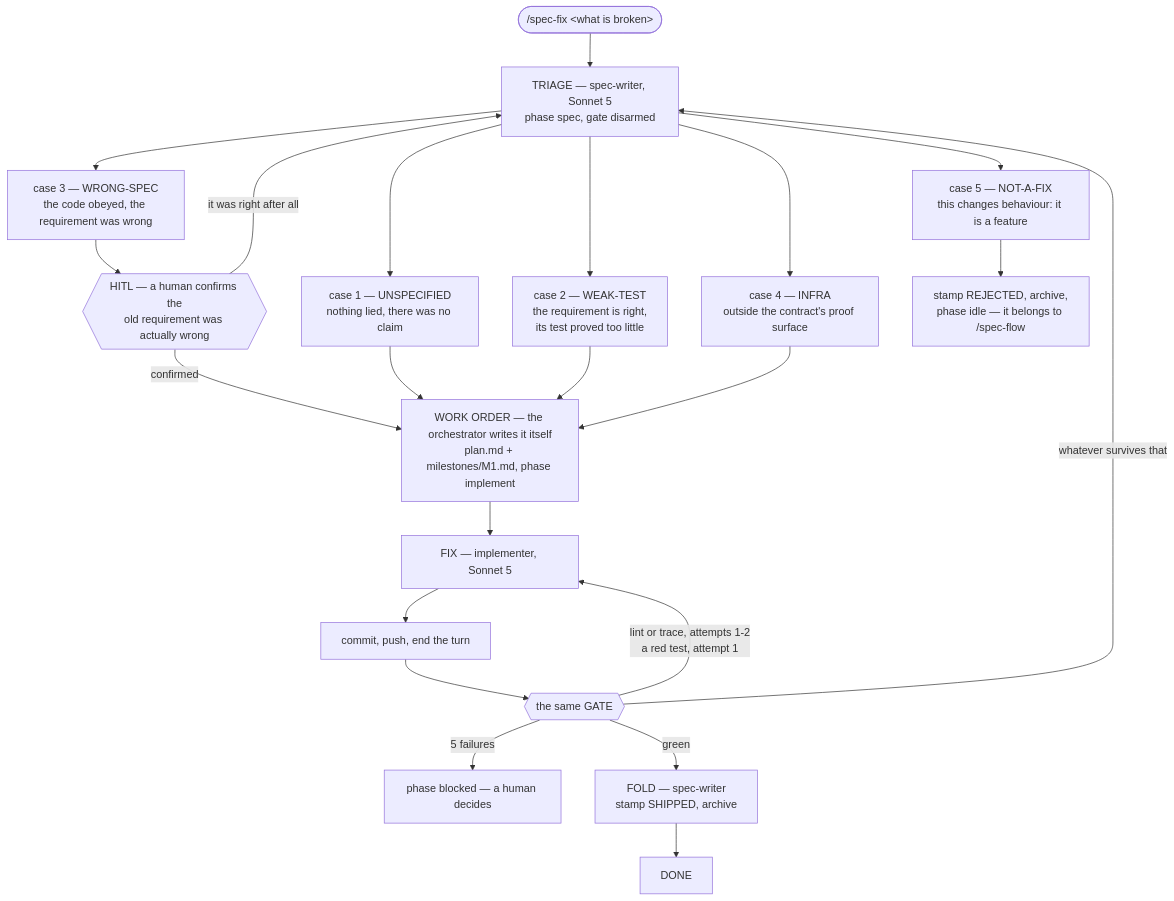
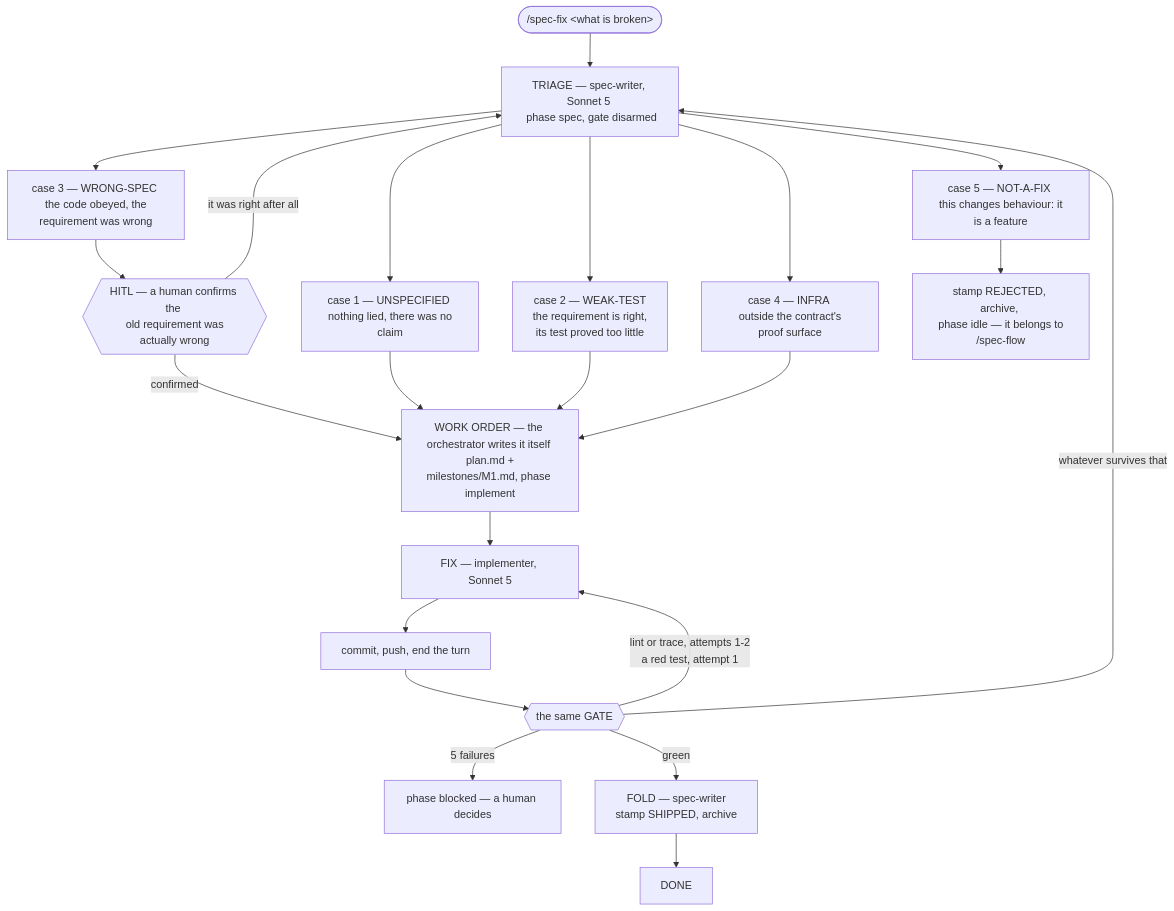
Before and after one commit to IgnacioMarin402/spec-flow-plugin: the second of 3 diagrams in README.md, drawn with Mermaid. The commit also changed other lines of this file, not shown here.

First line of the commit message:
docs: fix missing spaces around <br/> in the mermaid diagrams

````diff
--- a/README.md
+++ b/README.md
@@ -251,25 +251,25 @@
 ```mermaid
 flowchart TD
-    A(["/spec-fix &lt;what is broken&gt;"]) --> T["TRIAGE — spec-writer, Sonnet 5<br/>phase spec, gate disarmed"]
-    T --> C1["case 1 — UNSPECIFIED<br/>nothing lied, there was no claim"]
-    T --> C2["case 2 — WEAK-TEST<br/>the requirement is right,<br/>its test proved too little"]
-    T --> C3["case 3 — WRONG-SPEC<br/>the code obeyed, the requirement was wrong"]
-    T --> C4["case 4 — INFRA<br/>outside the contract's proof surface"]
-    T --> C5["case 5 — NOT-A-FIX<br/>this changes behaviour: it is a feature"]
-    C3 --> H{{"HITL — a human confirms the<br/>old requirement was actually wrong"}}
-    C5 --> REJ["stamp REJECTED, archive,<br/>phase idle — it belongs to /spec-flow"]
+    A(["/spec-fix &lt;what is broken&gt;"]) --> T["TRIAGE — spec-writer, Sonnet 5 <br/> phase spec, gate disarmed"]
+    T --> C1["case 1 — UNSPECIFIED <br/> nothing lied, there was no claim"]
+    T --> C2["case 2 — WEAK-TEST <br/> the requirement is right, <br/> its test proved too little"]
+    T --> C3["case 3 — WRONG-SPEC <br/> the code obeyed, the requirement was wrong"]
+    T --> C4["case 4 — INFRA <br/> outside the contract's proof surface"]
+    T --> C5["case 5 — NOT-A-FIX <br/> this changes behaviour: it is a feature"]
+    C3 --> H{{"HITL — a human confirms the <br/> old requirement was actually wrong"}}
+    C5 --> REJ["stamp REJECTED, archive, <br/> phase idle — it belongs to /spec-flow"]
     H -->|"confirmed"| W
     H -->|"it was right after all"| T
     C1 --> W
     C2 --> W
     C4 --> W
-    W["WORK ORDER — the orchestrator writes it itself<br/>plan.md + milestones/M1.md, phase implement"]
+    W["WORK ORDER — the orchestrator writes it itself <br/> plan.md + milestones/M1.md, phase implement"]
     W --> I["FIX — implementer, Sonnet 5"]
     I --> CM["commit, push, end the turn"]
     CM --> G{{"the same GATE"}}
-    G -->|"lint or trace, attempts 1-2<br/>a red test, attempt 1"| I
+    G -->|"lint or trace, attempts 1-2 <br/> a red test, attempt 1"| I
     G -->|"whatever survives that"| T
     G -->|"5 failures"| BLK["phase blocked — a human decides"]
-    G -->|"green"| F["FOLD — spec-writer<br/>stamp SHIPPED, archive"]
+    G -->|"green"| F["FOLD — spec-writer <br/> stamp SHIPPED, archive"]
     F --> D["DONE"]
 ```
````
